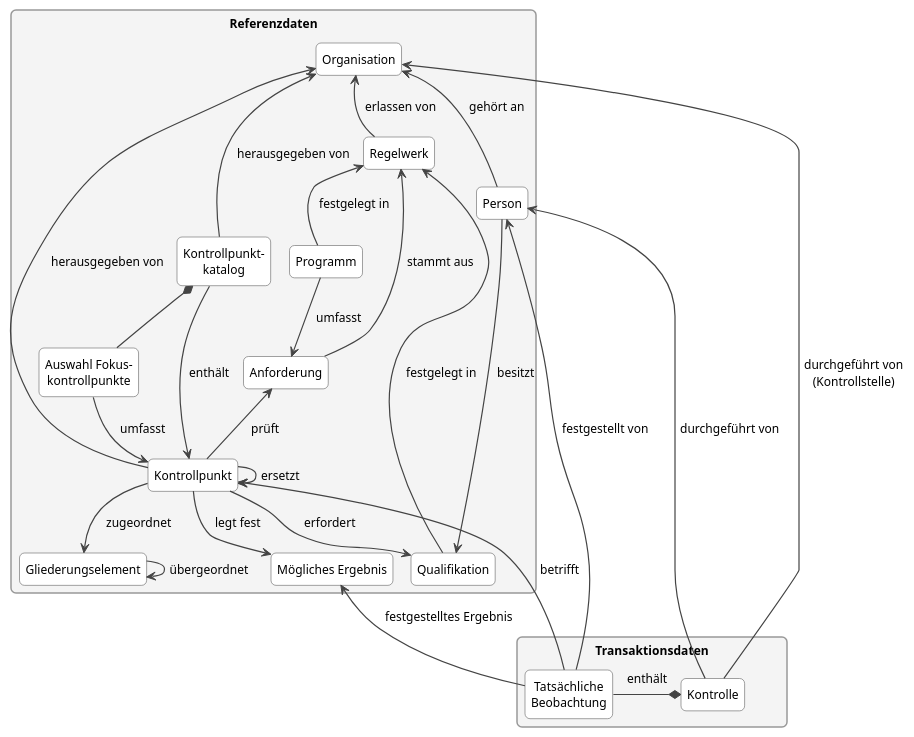
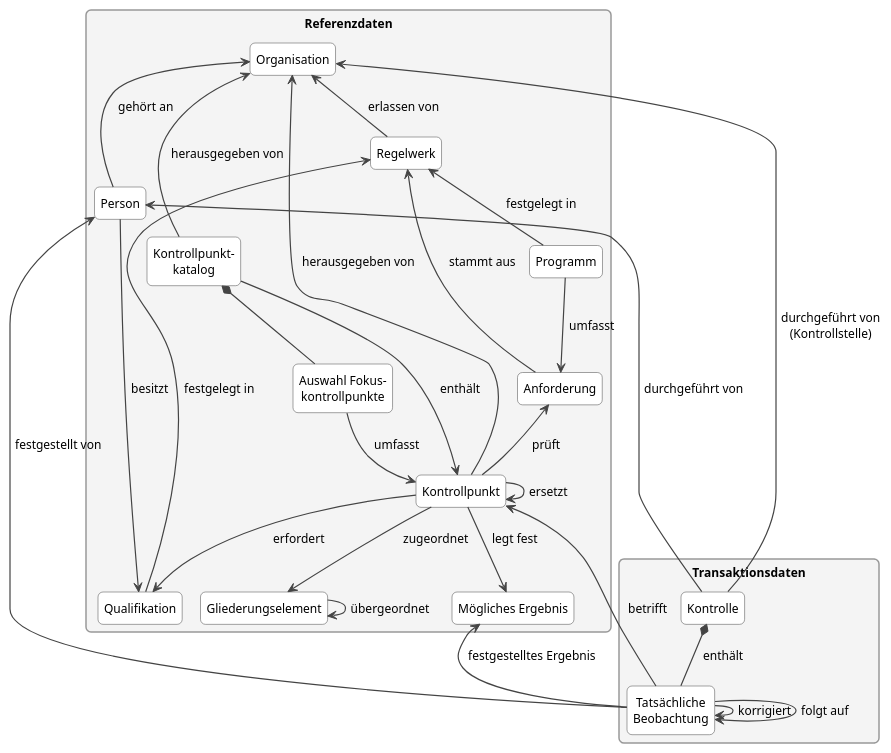
The diagram in docs/de/assets/puml/conceptual_model.puml (Persilian/eCH-0264), drawn with PlantUML before and after one commit. The commit also changed 3 other files, not shown here.

```diff
--- a/docs/de/assets/puml/conceptual_model.puml
+++ b/docs/de/assets/puml/conceptual_model.puml
@@ -5,62 +5,64 @@
 @startuml
 !pragma layout smetana
 skinparam shadowing false
 skinparam roundCorner 10
 skinparam packageStyle rectangle
 skinparam defaultFontSize 12
 skinparam Padding 3
 skinparam ArrowColor #444444
 skinparam ArrowThickness 1.2
 skinparam classBorderColor #444444
 skinparam classBackgroundColor #FFFFFF
 skinparam packageBorderColor #999999
 skinparam packageBackgroundColor #F4F4F4
 hide circle
 hide empty members
 
 package "Referenzdaten" as REF {
   class "Organisation" as ORG
   class "Person" as PER
   class "Qualifikation" as QUA
   class "Regelwerk" as RW
   class "Anforderung" as ANF
   class "Programm" as PRG
   class "Kontrollpunkt" as KP
   class "Mögliches Ergebnis" as ERG
   class "Gliederungselement" as GE
   class "Kontrollpunkt-\nkatalog" as KAT
   class "Auswahl Fokus-\nkontrollpunkte" as FKP
 
   RW -up-> ORG : erlassen von
   ANF -up-> RW : stammt aus
   PRG -up-> RW : festgelegt in
   PRG --> ANF : umfasst
   KP -up-> ANF : prüft
   KP -up-> ORG : herausgegeben von
   KP -down-> ERG : legt fest
   KP --> GE : zugeordnet
   GE --> GE : übergeordnet
   KP --> KP : ersetzt
   KAT --> KP : enthält
   KAT -up-> ORG : herausgegeben von
   KAT *-- FKP
   FKP --> KP : umfasst
   KP --> QUA : erfordert
   QUA -up-> RW : festgelegt in
   PER -up-> ORG : gehört an
   PER --> QUA : besitzt
 }
 
 package "Transaktionsdaten" as TRX {
   class "Kontrolle" as KON
   class "Tatsächliche\nBeobachtung" as BEO
-  KON *-right- BEO : enthält
+  KON *-down- BEO : enthält
+  BEO --> BEO : korrigiert
+  BEO --> BEO : folgt auf
 }
 
 BEO -up-> KP : betrifft
 BEO -up-> ERG : festgestelltes Ergebnis
 KON -up-> ORG : durchgeführt von\n(Kontrollstelle)
 KON -up-> PER : durchgeführt von
 BEO -up-> PER : festgestellt von
 REF -[hidden]down- TRX
 @enduml
```
